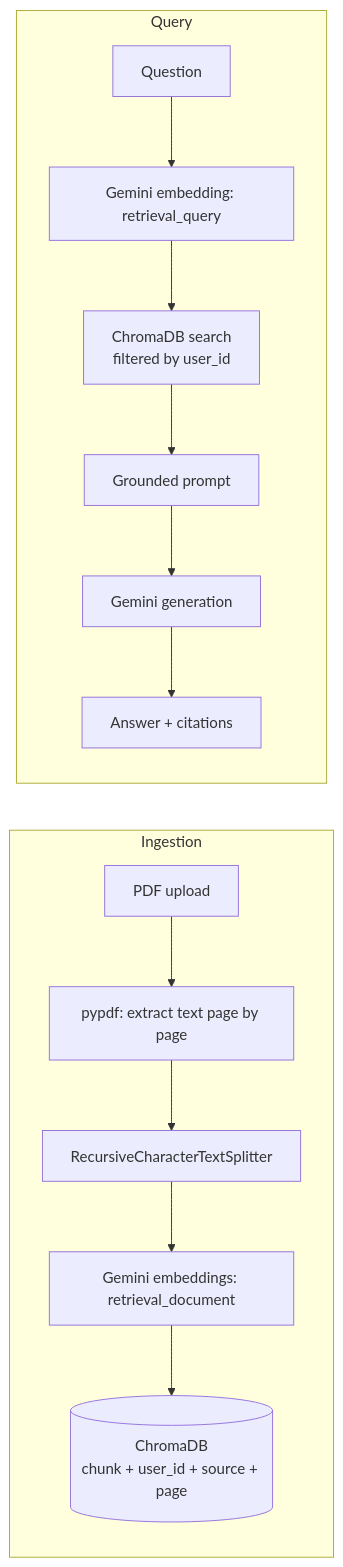
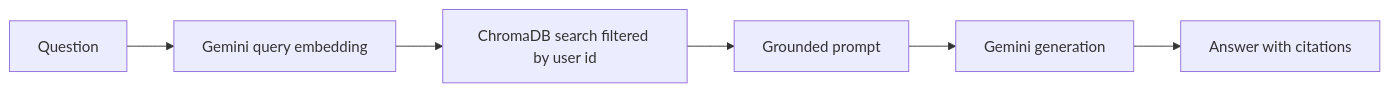
One commit to UmarMujahid07/Enterprise-RAG-Engine changed the second of 2 diagrams in README.md. Above: the diagram before and after it, drawn with Mermaid. The commit also changed other lines of this file, not shown here.

Commit message:
docs: simplify architecture diagrams for GitHub rendering

````diff
--- a/README.md
+++ b/README.md
@@ -19,16 +31,8 @@
 ```mermaid
 flowchart LR
-    subgraph Ingestion
-        A["PDF upload"] --> B["pypdf: extract text page by page"]
-        B --> C["RecursiveCharacterTextSplitter"]
-        C --> D["Gemini embeddings: retrieval_document"]
-        D --> E[("ChromaDB<br/>chunk + user_id + source + page")]
-    end
-    subgraph Query
-        Q["Question"] --> R["Gemini embedding: retrieval_query"]
-        R --> S["ChromaDB search<br/>filtered by user_id"]
-        S --> T["Grounded prompt"]
-        T --> U["Gemini generation"]
-        U --> V["Answer + citations"]
-    end
+    Q[Question] --> R[Gemini query embedding]
+    R --> S[ChromaDB search filtered by user id]
+    S --> T[Grounded prompt]
+    T --> U[Gemini generation]
+    U --> V[Answer with citations]
 ```
````
